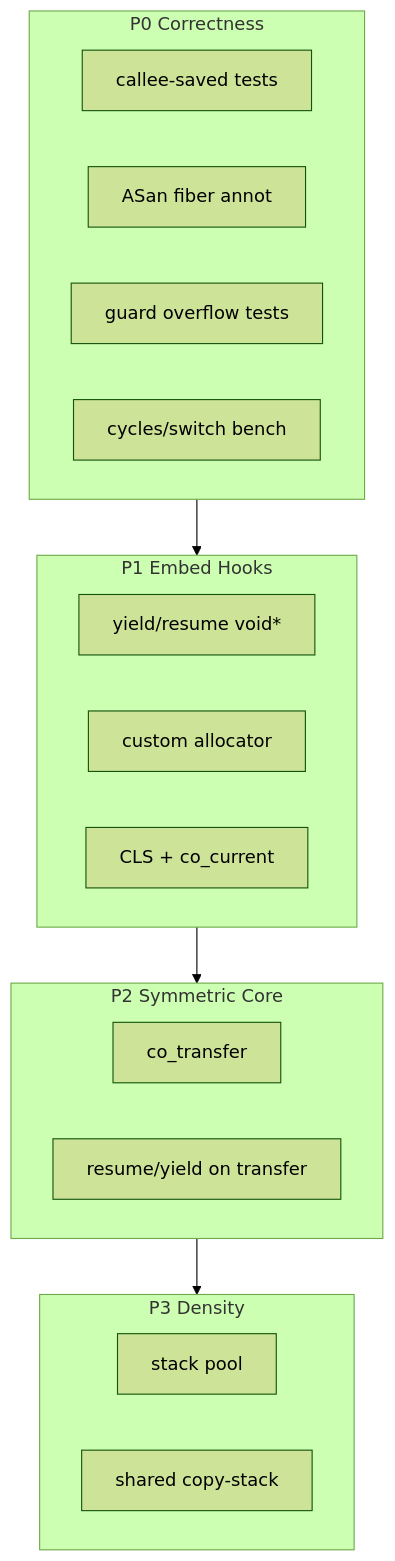
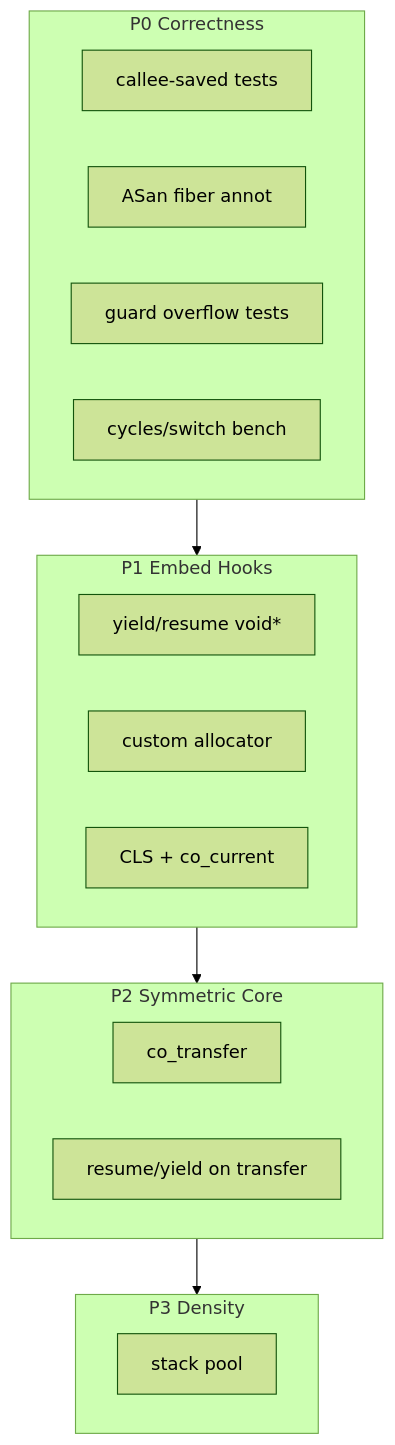
Before and after one commit to Evan-lin2005/coroutine: the diagram in Plan.md, drawn with Mermaid (forest theme). The commit also changed other lines of this file and 16 other files, not shown here.

````diff
--- a/Plan.md
+++ b/Plan.md
@@ -30,25 +33,24 @@
 ```mermaid
 flowchart TB
   subgraph p0 [P0 Correctness]
     RegTest[callee-saved tests]
     ASan[ASan fiber annot]
     GuardTest[guard overflow tests]
     Bench[cycles/switch bench]
   end
   subgraph p1 [P1 Embed Hooks]
     Val[yield/resume void*]
     Alloc[custom allocator]
     CLS[CLS + co_current]
   end
   subgraph p2 [P2 Symmetric Core]
     Transfer[co_transfer]
     AsymOnTop[resume/yield on transfer]
   end
   subgraph p3 [P3 Density]
     Pool[stack pool]
-    Copy[shared copy-stack]
   end
   p0 --> p1
   p1 --> p2
   p2 --> p3
 ```
````
